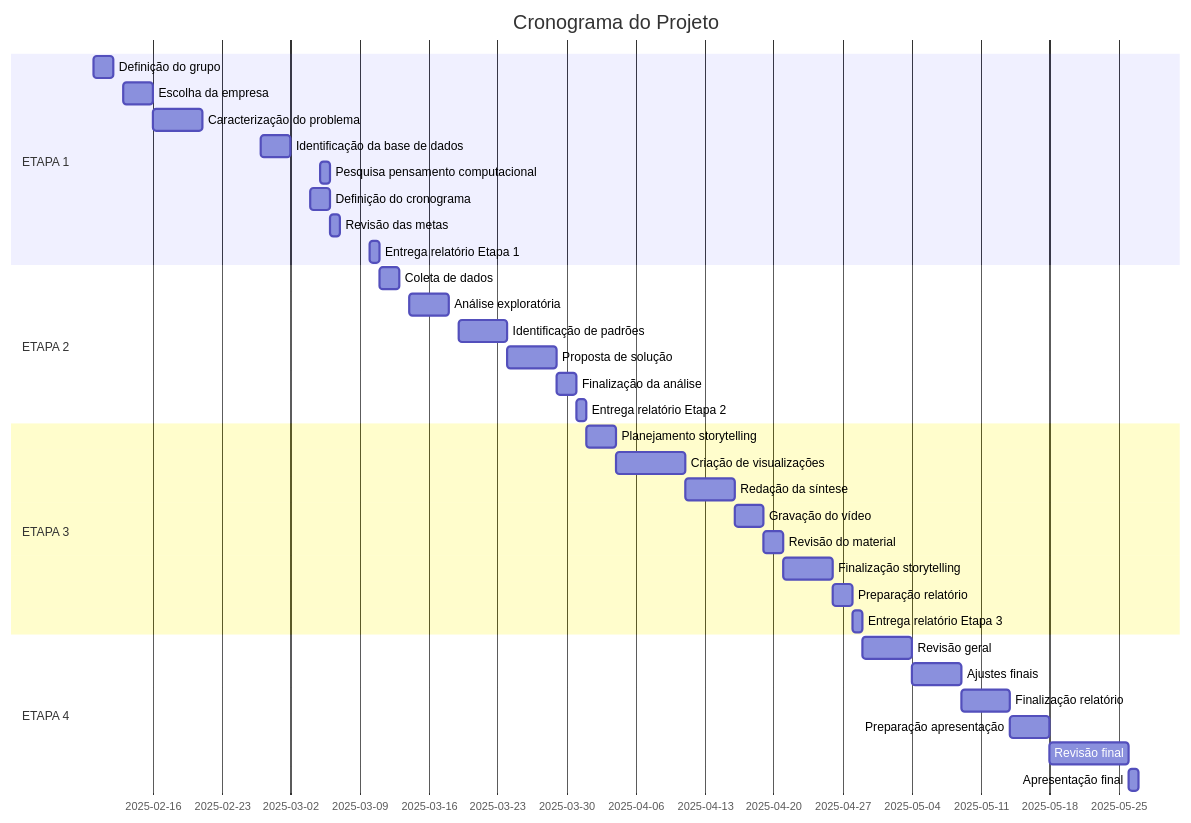
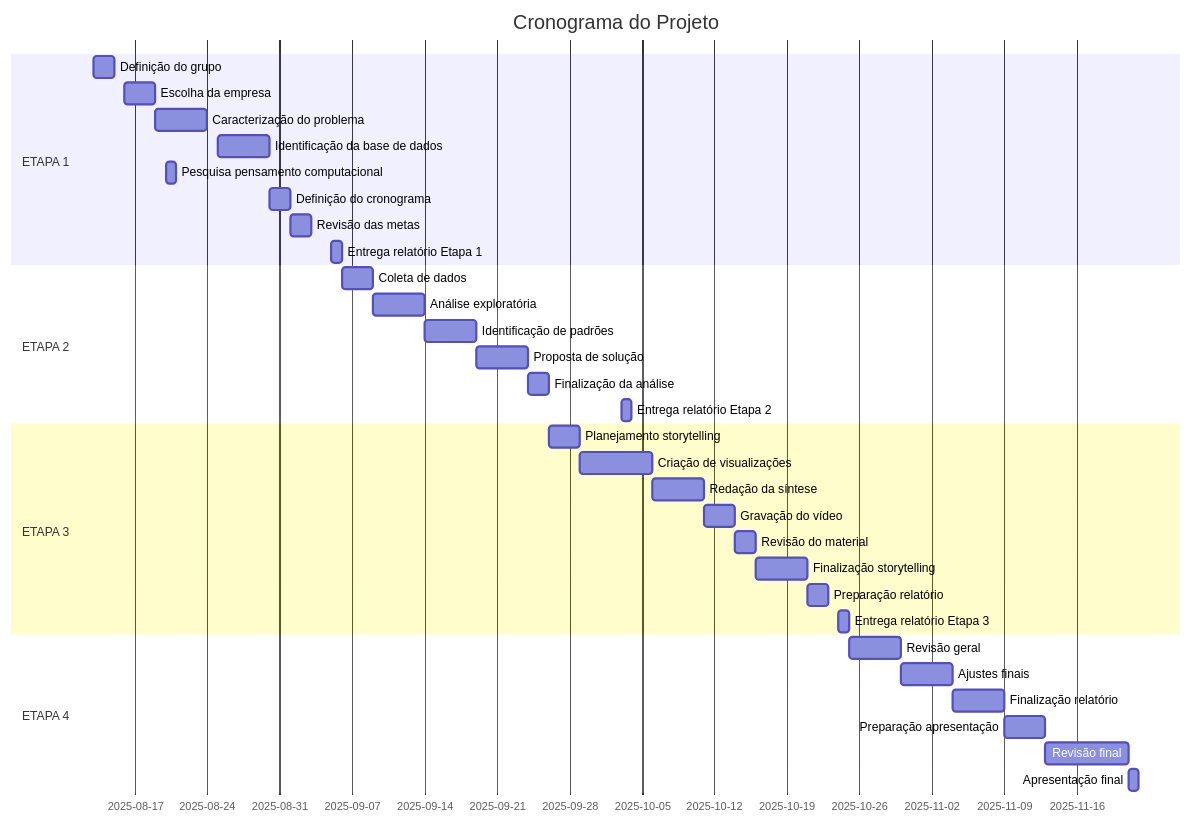
One commit to Daniels-S/Projeto_Aplicado_II changed the diagram in Cronograma.md. Above: the diagram before and after it, drawn with Mermaid. The commit also changed other lines of this file, not shown here.

First line of the commit message:
Update Cronograma.md

````diff
--- a/Cronograma.md
+++ b/Cronograma.md
@@ -65,37 +65,37 @@
 ```mermaid
 gantt
     title Cronograma do Projeto
     dateFormat  YYYY-MM-DD
     section ETAPA 1
-    Definição do grupo: 2025-02-10, 2d
-    Escolha da empresa: 2025-02-13, 3d
-    Caracterização do problema: 2025-02-16, 5d
-    Identificação da base de dados: 2025-02-27, 3d
-    Pesquisa pensamento computacional: 2025-03-05, 1d
-    Definição do cronograma: 2025-03-04, 2d
-    Revisão das metas: 2025-03-06, 1d
-    Entrega relatório Etapa 1: 2025-03-10, 1d
+    Definição do grupo: 2025-08-13, 2d
+    Escolha da empresa: 2025-08-16, 3d
+    Caracterização do problema: 2025-08-19, 5d
+    Identificação da base de dados: 2025-08-25, 5d
+    Pesquisa pensamento computacional: 2025-08-20, 1d
+    Definição do cronograma: 2025-08-30, 2d
+    Revisão das metas: 2025-09-01, 2d
+    Entrega relatório Etapa 1: 2025-09-05, 1d
     section ETAPA 2
-    Coleta de dados: 2025-03-11, 2d
-    Análise exploratória: 2025-03-14, 4d
-    Identificação de padrões: 2025-03-19, 5d
-    Proposta de solução: 2025-03-24, 5d
-    Finalização da análise: 2025-03-29, 2d
-    Entrega relatório Etapa 2: 2025-03-31, 1d
+    Coleta de dados: 2025-09-06, 3d
+    Análise exploratória: 2025-09-09, 5d
+    Identificação de padrões: 2025-09-14, 5d
+    Proposta de solução: 2025-09-19, 5d
+    Finalização da análise: 2025-09-24, 2d
+    Entrega relatório Etapa 2: 2025-10-03, 1d
     section ETAPA 3
-    Planejamento storytelling: 2025-04-01, 3d
-    Criação de visualizações: 2025-04-04, 7d
-    Redação da síntese: 2025-04-11, 5d
-    Gravação do vídeo: 2025-04-16, 3d
-    Revisão do material: 2025-04-19, 2d
-    Finalização storytelling: 2025-04-21, 5d
-    Preparação relatório: 2025-04-26, 2d
-    Entrega relatório Etapa 3: 2025-04-28, 1d
+    Planejamento storytelling: 2025-09-26, 3d
+    Criação de visualizações: 2025-09-29, 7d
+    Redação da síntese: 2025-10-06, 5d
+    Gravação do vídeo: 2025-10-11, 3d
+    Revisão do material: 2025-10-14, 2d
+    Finalização storytelling: 2025-10-16, 5d
+    Preparação relatório: 2025-10-21, 2d
+    Entrega relatório Etapa 3: 2025-10-24, 1d
     section ETAPA 4
-    Revisão geral: 2025-04-29, 5d
-    Ajustes finais: 2025-05-04, 5d
-    Finalização relatório: 2025-05-09, 5d
-    Preparação apresentação: 2025-05-14, 4d
-    Revisão final: 2025-05-18, 8d
-    Apresentação final: 2025-05-26, 1d
+    Revisão geral: 2025-10-25, 5d
+    Ajustes finais: 2025-10-30, 5d
+    Finalização relatório: 2025-11-04, 5d
+    Preparação apresentação: 2025-11-09, 4d
+    Revisão final: 2025-11-13, 8d
+    Apresentação final: 2025-11-21, 1d
 ```
````
